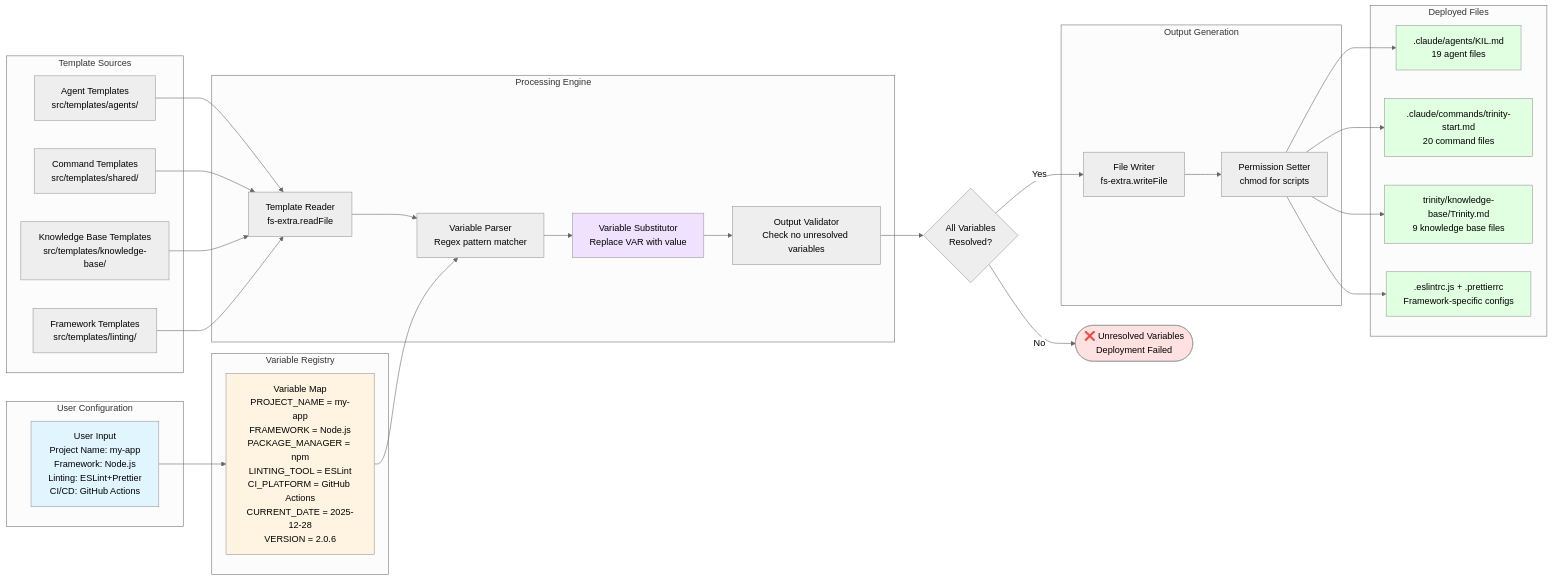
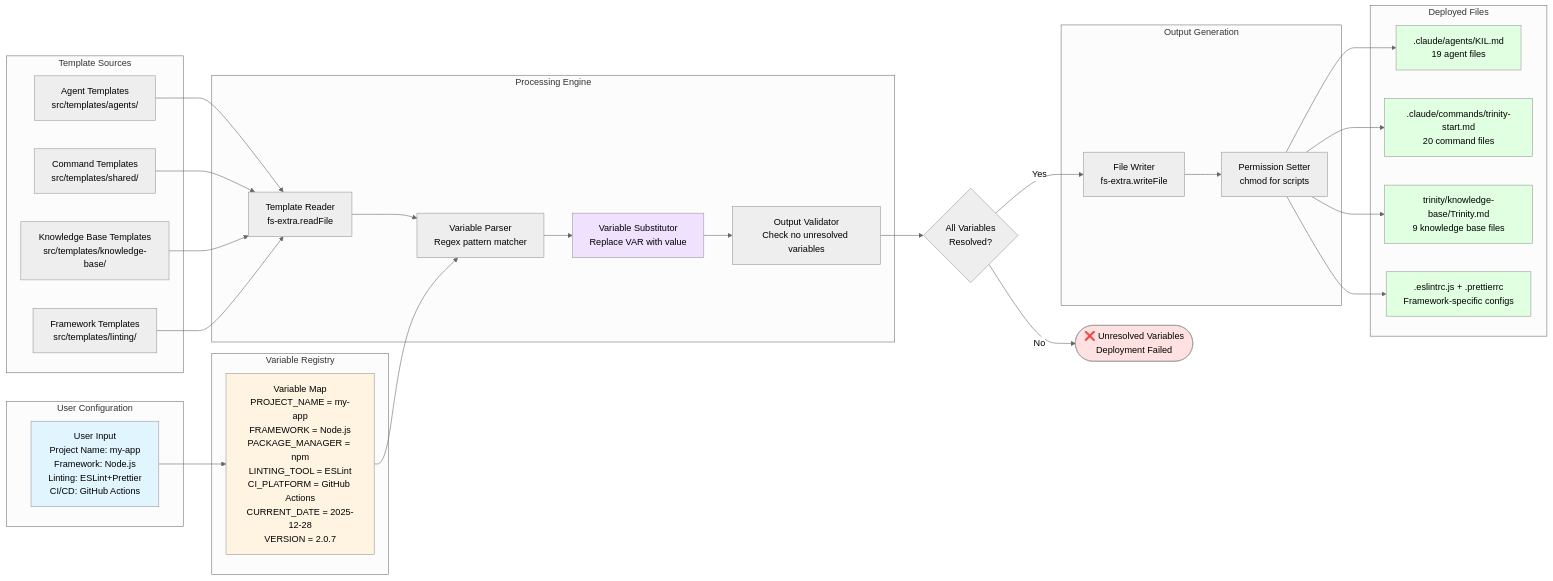
The diagram in docs/images/template-processing-pipeline.md (lukadfagundes/trinity-method-sdk), drawn with Mermaid (neutral theme) before and after one commit. The commit also changed other lines of this file and 28 other files, not shown here.

````diff
--- a/docs/images/template-processing-pipeline.md
+++ b/docs/images/template-processing-pipeline.md
@@ -3,66 +3,66 @@
 ```mermaid
 flowchart LR
     subgraph "Template Sources"
         T1[Agent Templates<br/>src/templates/agents/]
         T2[Command Templates<br/>src/templates/shared/]
         T3[Knowledge Base Templates<br/>src/templates/knowledge-base/]
         T4[Framework Templates<br/>src/templates/linting/]
     end
 
     subgraph "User Configuration"
         CONFIG[User Input<br/>Project Name: my-app<br/>Framework: Node.js<br/>Linting: ESLint+Prettier<br/>CI/CD: GitHub Actions]
     end
 
     subgraph "Variable Registry"
-        VARS["Variable Map<br/>PROJECT_NAME = my-app<br/>FRAMEWORK = Node.js<br/>PACKAGE_MANAGER = npm<br/>LINTING_TOOL = ESLint<br/>CI_PLATFORM = GitHub Actions<br/>CURRENT_DATE = 2025-12-28<br/>VERSION = 2.0.6"]
+        VARS["Variable Map<br/>PROJECT_NAME = my-app<br/>FRAMEWORK = Node.js<br/>PACKAGE_MANAGER = npm<br/>LINTING_TOOL = ESLint<br/>CI_PLATFORM = GitHub Actions<br/>CURRENT_DATE = 2025-12-28<br/>VERSION = 2.0.7"]
     end
 
     subgraph "Processing Engine"
         READER[Template Reader<br/>fs-extra.readFile]
         PARSER["Variable Parser<br/>Regex pattern matcher"]
         SUBSTITUTOR["Variable Substitutor<br/>Replace VAR with value"]
         VALIDATOR["Output Validator<br/>Check no unresolved variables"]
     end
 
     subgraph "Output Generation"
         WRITER[File Writer<br/>fs-extra.writeFile]
         PERMS[Permission Setter<br/>chmod for scripts]
     end
 
     subgraph "Deployed Files"
         OUT1[.claude/agents/KIL.md<br/>19 agent files]
         OUT2[.claude/commands/trinity-start.md<br/>20 command files]
         OUT3[trinity/knowledge-base/Trinity.md<br/>9 knowledge base files]
         OUT4[.eslintrc.js + .prettierrc<br/>Framework-specific configs]
     end
 
     CONFIG --> VARS
     T1 --> READER
     T2 --> READER
     T3 --> READER
     T4 --> READER
 
     READER --> PARSER
     VARS --> PARSER
     PARSER --> SUBSTITUTOR
     SUBSTITUTOR --> VALIDATOR
 
     VALIDATOR --> DECISION{All Variables<br/>Resolved?}
     DECISION -->|No| ERROR([❌ Unresolved Variables<br/>Deployment Failed])
     DECISION -->|Yes| WRITER
 
     WRITER --> PERMS
     PERMS --> OUT1
     PERMS --> OUT2
     PERMS --> OUT3
     PERMS --> OUT4
 
     style CONFIG fill:#e1f5ff
     style VARS fill:#fff4e1
     style SUBSTITUTOR fill:#f0e1ff
     style OUT1 fill:#e1ffe1
     style OUT2 fill:#e1ffe1
     style OUT3 fill:#e1ffe1
     style OUT4 fill:#e1ffe1
     style ERROR fill:#ffe1e1
 ```
````
